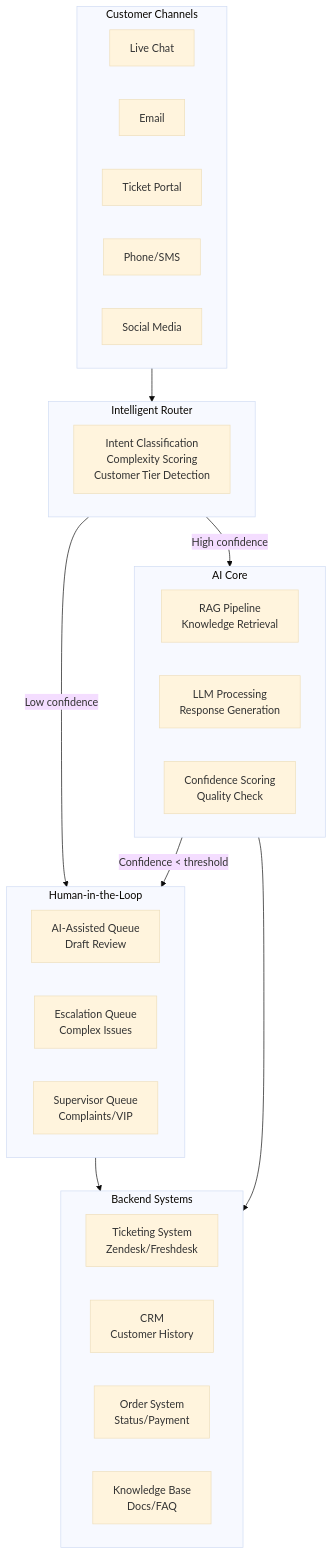
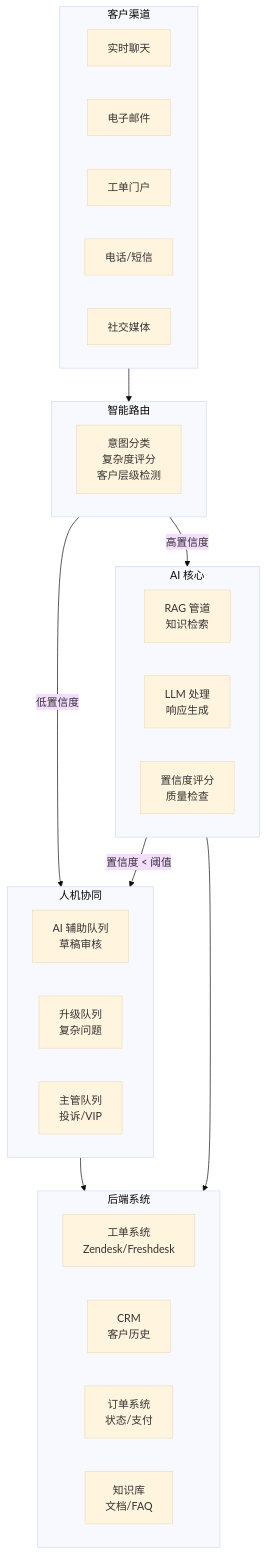
The first of 7 diagrams in i18n/zh/docusaurus-plugin-content-docs/current/architecture.md (stars-labs/ai-driven-customer-service), drawn with Mermaid (base theme) before and after one commit. The commit also changed other lines of this file and 15 other files, not shown here.

````diff
--- a/i18n/zh/docusaurus-plugin-content-docs/current/architecture.md
+++ b/i18n/zh/docusaurus-plugin-content-docs/current/architecture.md
@@ -12,40 +12,40 @@
 ```mermaid
 flowchart TB
-    subgraph Channels["Customer Channels"]
-        CH1[Live Chat]
-        CH2[Email]
-        CH3[Ticket Portal]
-        CH4[Phone/SMS]
-        CH5[Social Media]
+    subgraph Channels["客户渠道"]
+        CH1[实时聊天]
+        CH2[电子邮件]
+        CH3[工单门户]
+        CH4[电话/短信]
+        CH5[社交媒体]
     end
 
-    subgraph Router["Intelligent Router"]
-        R[Intent Classification<br/>Complexity Scoring<br/>Customer Tier Detection]
+    subgraph Router["智能路由"]
+        R[意图分类<br/>复杂度评分<br/>客户层级检测]
     end
 
-    subgraph AI_Core["AI Core"]
-        A1[RAG Pipeline<br/>Knowledge Retrieval]
-        A2[LLM Processing<br/>Response Generation]
-        A3[Confidence Scoring<br/>Quality Check]
+    subgraph AI_Core["AI 核心"]
+        A1[RAG 管道<br/>知识检索]
+        A2[LLM 处理<br/>响应生成]
+        A3[置信度评分<br/>质量检查]
     end
 
-    subgraph Human_Loop["Human-in-the-Loop"]
-        H1[AI-Assisted Queue<br/>Draft Review]
-        H2[Escalation Queue<br/>Complex Issues]
-        H3[Supervisor Queue<br/>Complaints/VIP]
+    subgraph Human_Loop["人机协同"]
+        H1[AI 辅助队列<br/>草稿审核]
+        H2[升级队列<br/>复杂问题]
+        H3[主管队列<br/>投诉/VIP]
     end
 
-    subgraph Backend["Backend Systems"]
-        B1[Ticketing System<br/>Zendesk/Freshdesk]
-        B2[CRM<br/>Customer History]
-        B3[Order System<br/>Status/Payment]
-        B4[Knowledge Base<br/>Docs/FAQ]
+    subgraph Backend["后端系统"]
+        B1[工单系统<br/>Zendesk/Freshdesk]
+        B2[CRM<br/>客户历史]
+        B3[订单系统<br/>状态/支付]
+        B4[知识库<br/>文档/FAQ]
     end
 
     Channels --> Router
-    Router -->|High confidence| AI_Core
-    Router -->|Low confidence| Human_Loop
-    AI_Core -->|Confidence < threshold| Human_Loop
+    Router -->|高置信度| AI_Core
+    Router -->|低置信度| Human_Loop
+    AI_Core -->|置信度 < 阈值| Human_Loop
     Human_Loop --> Backend
     AI_Core --> Backend
 ```
````
